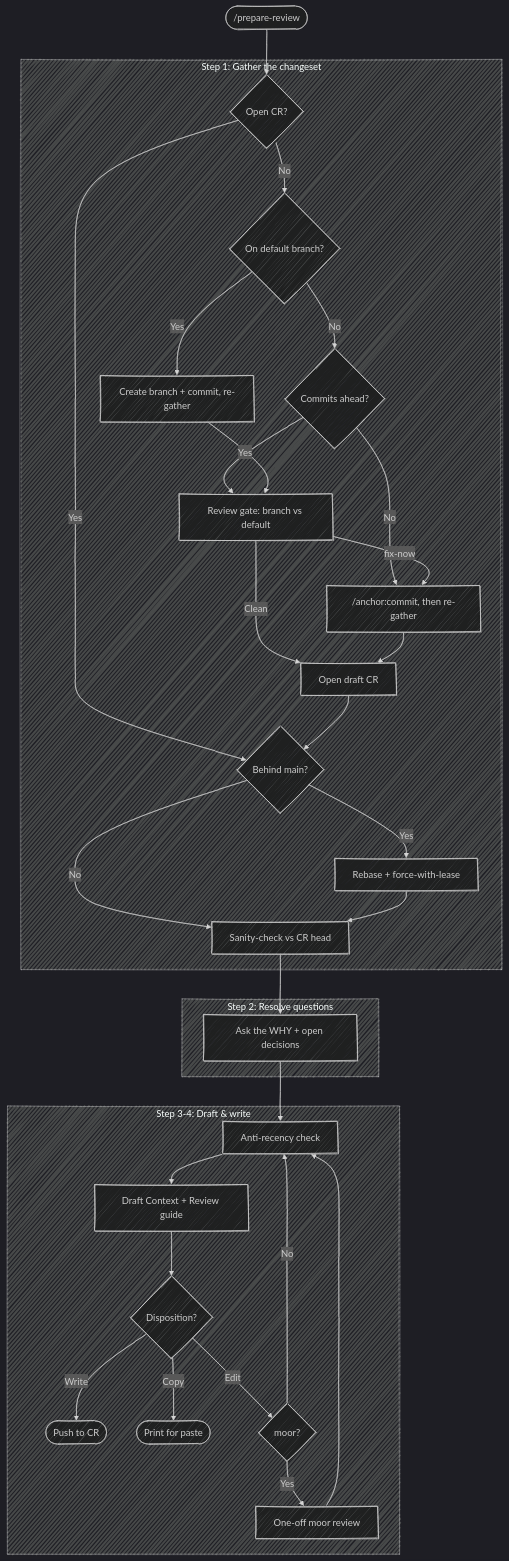
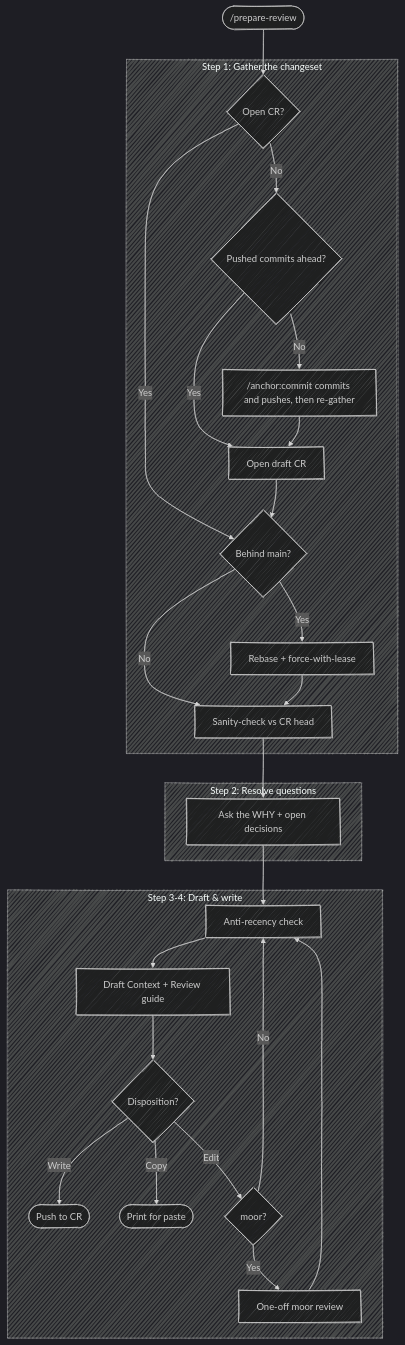
The diagram in skills/prepare-review/SKILL.md (chris-peterson/anchor), drawn with Mermaid (dark theme) before and after one commit. The commit also changed other lines of this file and 21 other files, not shown here.

````diff
--- a/skills/prepare-review/SKILL.md
+++ b/skills/prepare-review/SKILL.md
@@ -17,38 +17,33 @@
 ```mermaid
 %%{ init: { 'look': 'handDrawn' } }%%
 flowchart TD
     Start(["/prepare-review"]) --> CR{Open CR?}
 
     subgraph "Step 1: Gather the changeset"
-        CR -->|No| OnDefault{On default branch?}
+        CR -->|No| Pushed{Pushed commits ahead?}
         CR -->|Yes| Behind
-        OnDefault -->|Yes| Branch["Create branch + commit, re-gather"]
-        OnDefault -->|No| Ahead{Commits ahead?}
-        Ahead -->|No| Commit["/anchor:commit, then re-gather"]
-        Ahead -->|Yes| Review["Review gate: branch vs default"]
-        Review -->|Clean| MakeCR["Open draft CR"]
-        Review -->|fix-now| Commit
-        Branch --> Review
+        Pushed -->|No| Commit["/anchor:commit commits and pushes, then re-gather"]
+        Pushed -->|Yes| MakeCR["Open draft CR"]
         Commit --> MakeCR
         MakeCR --> Behind{Behind main?}
         Behind -->|Yes| DoRebase["Rebase + force-with-lease"]
         Behind -->|No| StateCheck
         DoRebase --> StateCheck["Sanity-check vs CR head"]
     end
 
     subgraph "Step 2: Resolve questions"
         StateCheck --> Why["Ask the WHY + open decisions"]
     end
 
     subgraph "Step 3-4: Draft & write"
         Why --> Recency["Anti-recency check"]
         Recency --> Draft["Draft Context + Review guide"]
         Draft --> Out{Disposition?}
         Out -->|Write| Forge(["Push to CR"])
         Out -->|Copy| CopyOnly(["Print for paste"])
         Out -->|Edit| EditCh{moor?}
         EditCh -->|Yes| Moor["One-off moor review"]
         EditCh -->|No| Recency
         Moor --> Recency
     end
 ```
````
